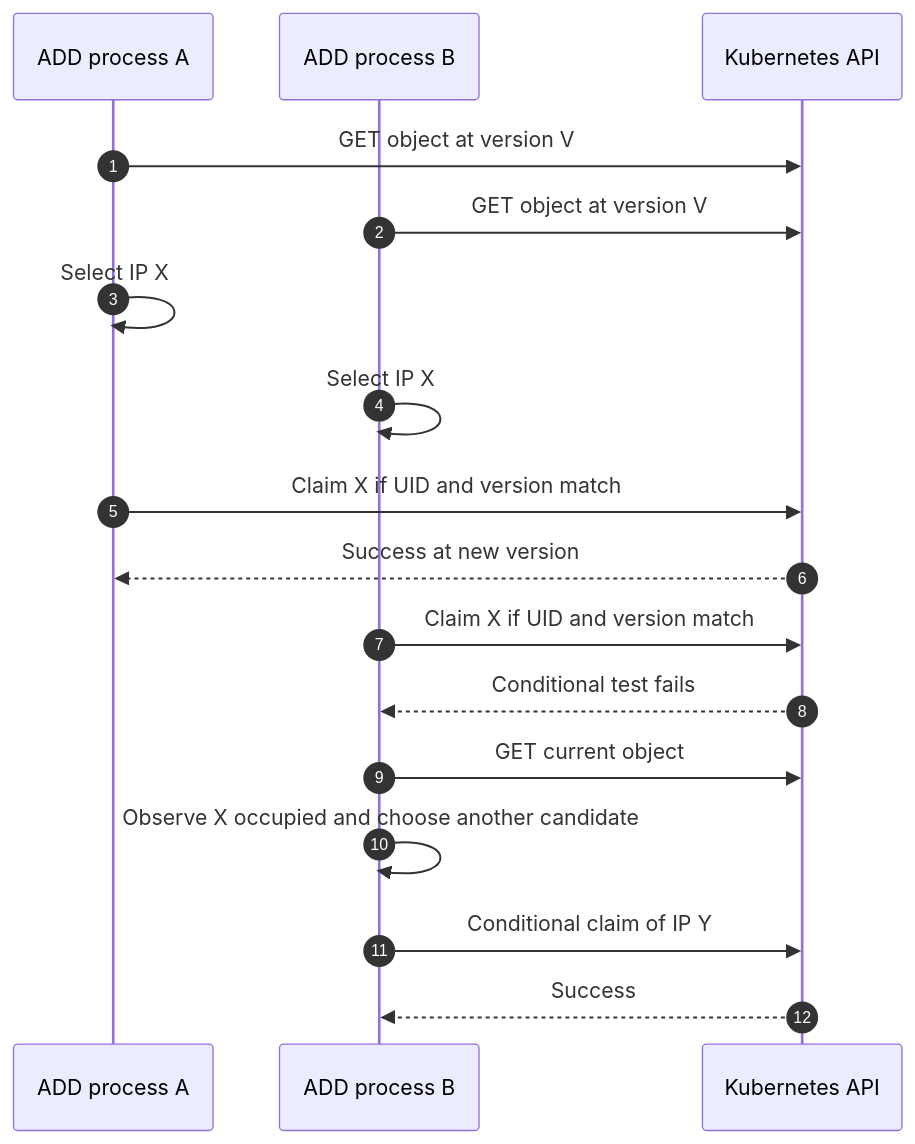
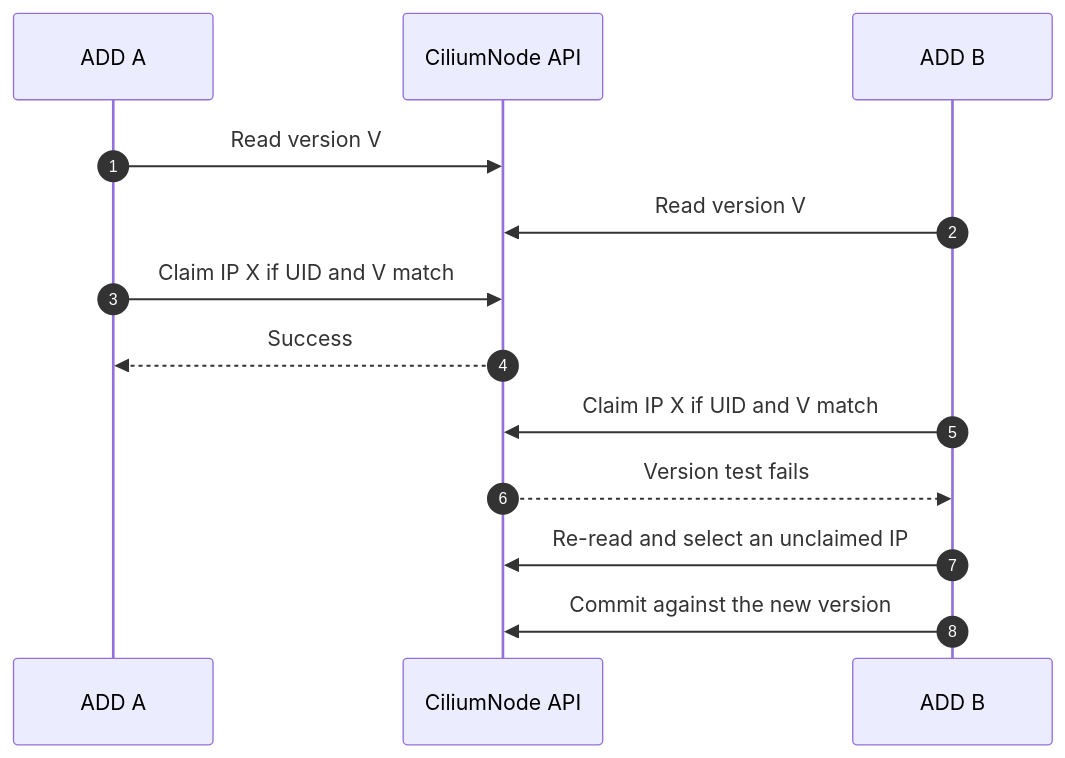
One commit to Azure/azure-container-networking changed the fourth of 9 diagrams in docs/cilium-operator-ipam.md. Above: the diagram before and after it, drawn with Mermaid. The commit also changed other lines of this file, not shown here.

First line of the commit message:
Refocus the Cilium IPAM lifecycle proposal

````diff
--- a/docs/cilium-operator-ipam.md
+++ b/docs/cilium-operator-ipam.md
@@ -694,19 +211,15 @@
 ```mermaid
 sequenceDiagram
     autonumber
-    participant A as ADD process A
-    participant B as ADD process B
-    participant K as Kubernetes API
-    A->>K: GET object at version V
-    B->>K: GET object at version V
-    A->>A: Select IP X
-    B->>B: Select IP X
-    A->>K: Claim X if UID and version match
-    K-->>A: Success at new version
-    B->>K: Claim X if UID and version match
-    K-->>B: Conditional test fails
-    B->>K: GET current object
-    B->>B: Observe X occupied and choose another candidate
-    B->>K: Conditional claim of IP Y
-    K-->>B: Success
+    participant A as ADD A
+    participant K as CiliumNode API
+    participant B as ADD B
+    A->>K: Read version V
+    B->>K: Read version V
+    A->>K: Claim IP X if UID and V match
+    K-->>A: Success
+    B->>K: Claim IP X if UID and V match
+    K-->>B: Version test fails
+    B->>K: Re-read and select an unclaimed IP
+    B->>K: Commit against the new version
 ```
````
